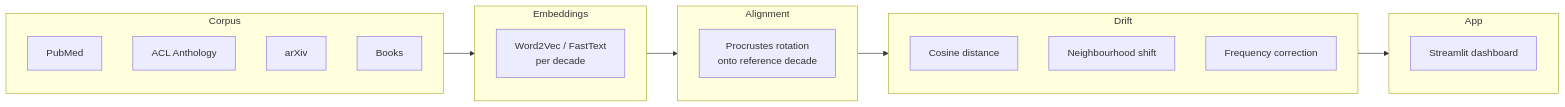
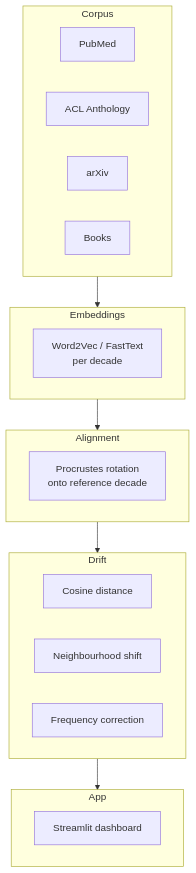
Before and after one commit to Dovalization/interpretant: the diagram in README.md, drawn with Mermaid.

Commit message:
docs(readme): fix Mermaid line breaks and switch to top-down layout

````diff
--- a/README.md
+++ b/README.md
@@ -48,29 +48,29 @@
 ```mermaid
-flowchart LR
+flowchart TD
     subgraph corpus["Corpus"]
         C1[PubMed]
         C2[ACL Anthology]
         C3[arXiv]
         C4[Books]
     end
 
     subgraph embed["Embeddings"]
-        E1[Word2Vec / FastText\nper decade]
+        E1[Word2Vec / FastText<br/>per decade]
     end
 
     subgraph align["Alignment"]
-        A1[Procrustes rotation\nonto reference decade]
+        A1[Procrustes rotation<br/>onto reference decade]
     end
 
     subgraph drift["Drift"]
         D1[Cosine distance]
         D2[Neighbourhood shift]
         D3[Frequency correction]
     end
 
     subgraph app["App"]
         P1[Streamlit dashboard]
     end
 
     corpus --> embed --> align --> drift --> app
 ```
````
